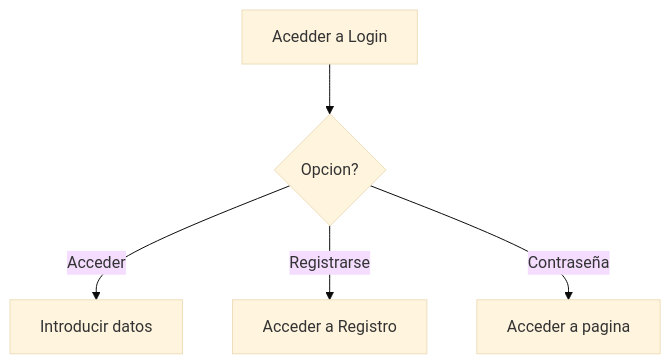
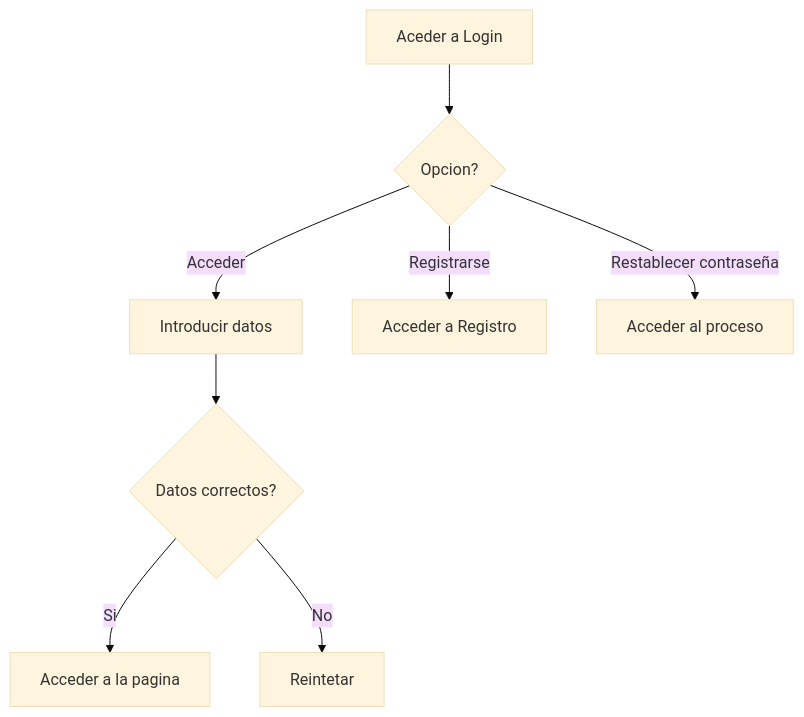
One commit to Jiza18/UML changed the sixth of 7 diagrams in README.md. Above: the diagram before and after it, drawn with Mermaid (base theme). The commit also changed other lines of this file, not shown here.

````diff
--- a/README.md
+++ b/README.md
@@ -98,7 +101,9 @@
 ```mermaid
 flowchart TD
-pd[Acedder a Login] --> dv{Opcion?}
-dv -->|Acceder| idatos[Introducir datos] 
+pd[Aceder a Login] --> dv{Opcion?}
+dv -->|Acceder| idatos[Introducir datos] --> dv2{Datos correctos?}
+dv2 -->|Si|susLogin[Acceder a la pagina]
+dv2 -->|No|failLogin[Reintetar]
 dv -->|Registrarse| pagReg[Acceder a Registro]
-dv -->|Contraseña| pagCon[Acceder a pagina]
+dv -->|Restablecer contraseña| pagCon[Acceder al proceso]
 ```
````
